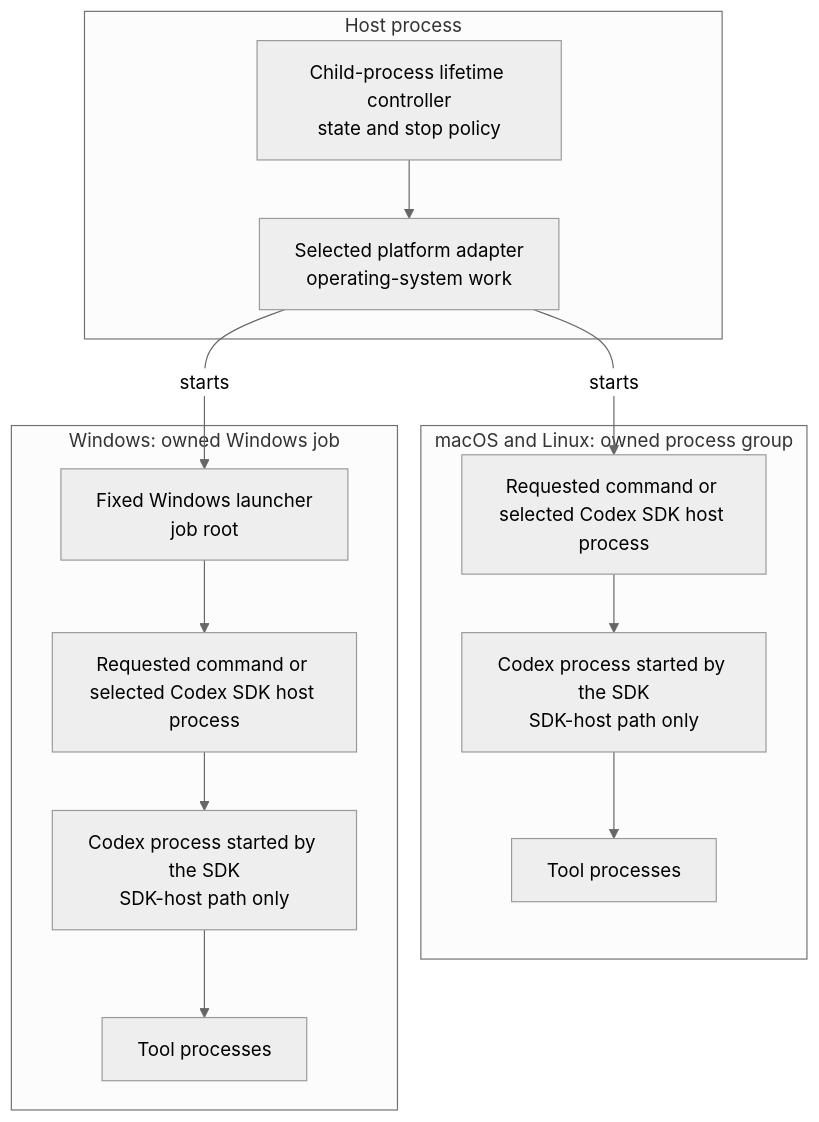
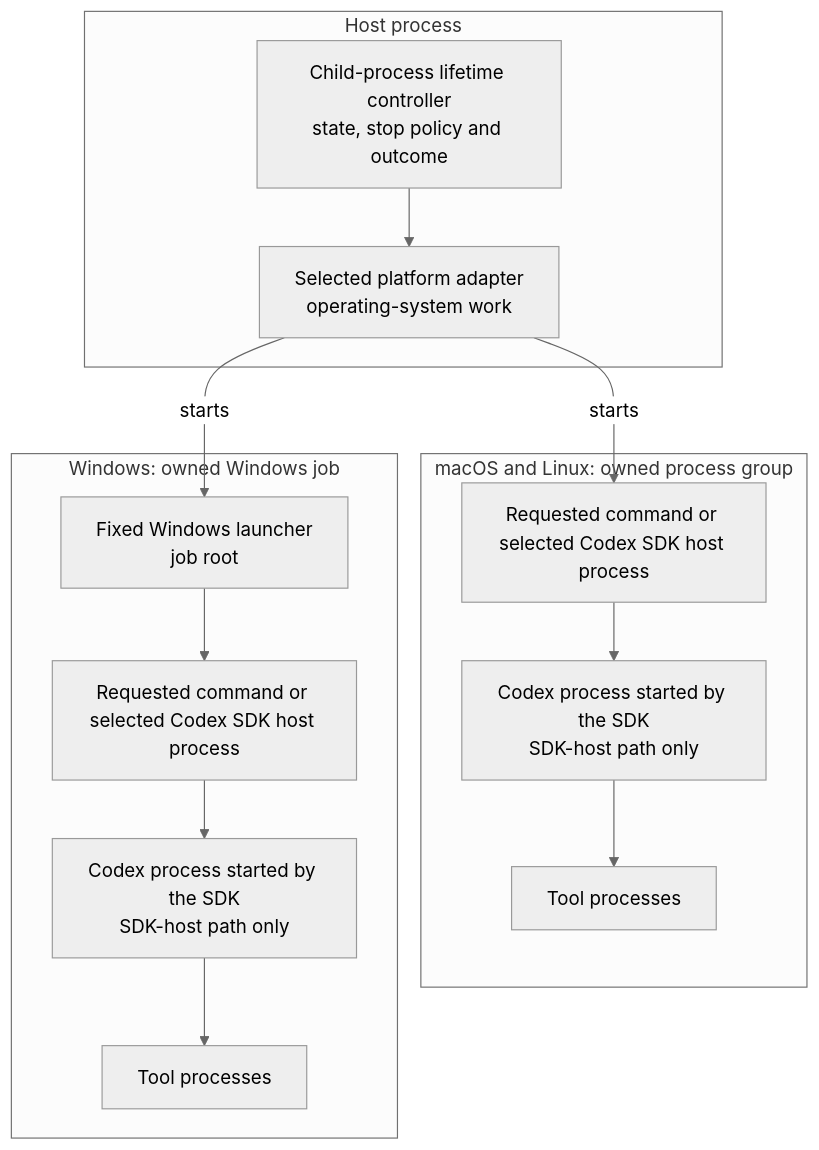
One commit to repo-edu/repo-edu changed the diagram in glossaries/child-process-lifetime.md. Above: the diagram before and after it, drawn with Mermaid (neutral theme). The commit also changed other lines of this file and 9 other files, not shown here.

````diff
--- a/glossaries/child-process-lifetime.md
+++ b/glossaries/child-process-lifetime.md
@@ -30,26 +32,26 @@
 ```mermaid
 flowchart TD
     subgraph HOST["Host process"]
-        C["Child-process lifetime controller<br/>state and stop policy"]
+        C["Child-process lifetime controller<br/>state, stop policy and outcome"]
         A["Selected platform adapter<br/>operating-system work"]
         C --> A
     end
     subgraph POSIX["macOS and Linux: owned process group"]
         DP["Requested command or selected Codex SDK host process"]
         SP["Codex process started by the SDK<br/>SDK-host path only"]
         TP["Tool processes"]
         DP --> SP
         SP --> TP
     end
     subgraph WIN["Windows: owned Windows job"]
         LW["Fixed Windows launcher<br/>job root"]
         DW["Requested command or selected Codex SDK host process"]
         SW["Codex process started by the SDK<br/>SDK-host path only"]
         TW["Tool processes"]
         LW --> DW
         DW --> SW
         SW --> TW
     end
     A -- starts --> DP
     A -- starts --> LW
 ```
````
